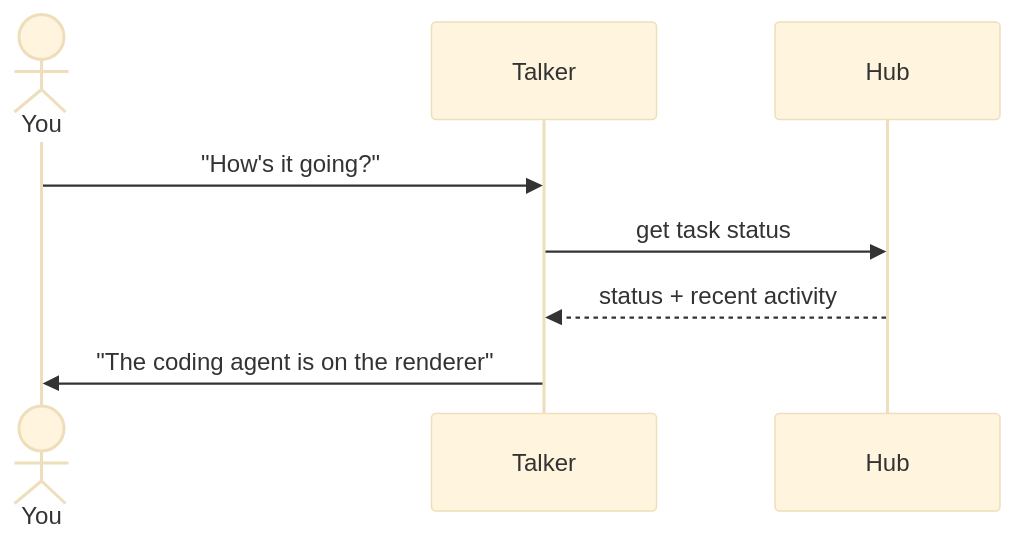
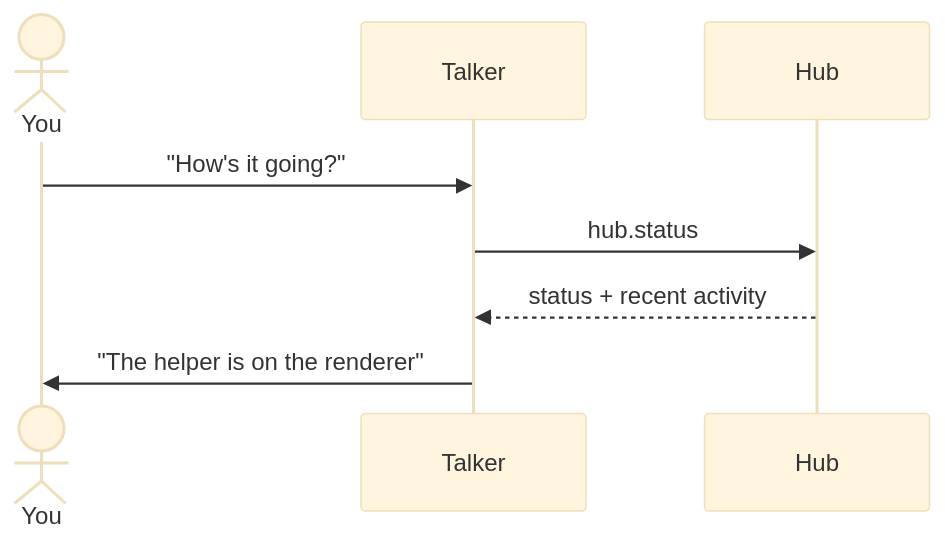
One commit to sharramon/AI_Assistant changed the second of 7 diagrams in docs/architecture/agents.md. Above: the diagram before and after it, drawn with Mermaid (base theme). The commit also changed other lines of this file and 84 other files, not shown here.

Commit message:
Architecture docs audit: pages checked against the code; seven new SVGs replace the six stale ones; the README bird's-eye; API pages; links to deleted notes fixed; the audit note

````diff
--- a/docs/architecture/agents.md
+++ b/docs/architecture/agents.md
@@ -166,10 +182,10 @@
 ```mermaid
 sequenceDiagram
     actor You
     participant T as Talker
     participant H as Hub
     You->>T: "How's it going?"
-    T->>H: get task status
+    T->>H: hub.status
     H-->>T: status + recent activity
-    T->>You: "The coding agent is on the renderer"
+    T->>You: "The helper is on the renderer"
 ```
````
